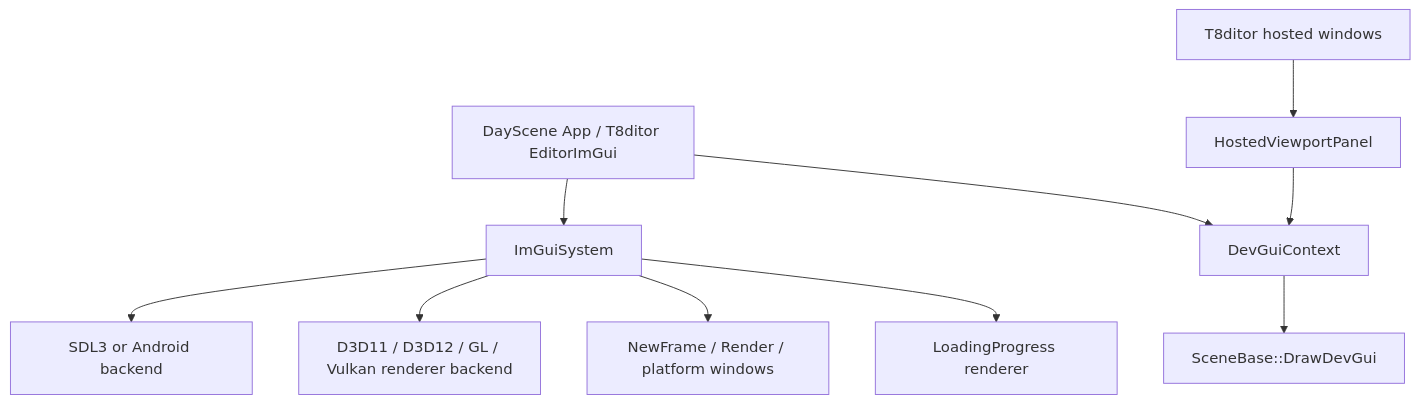
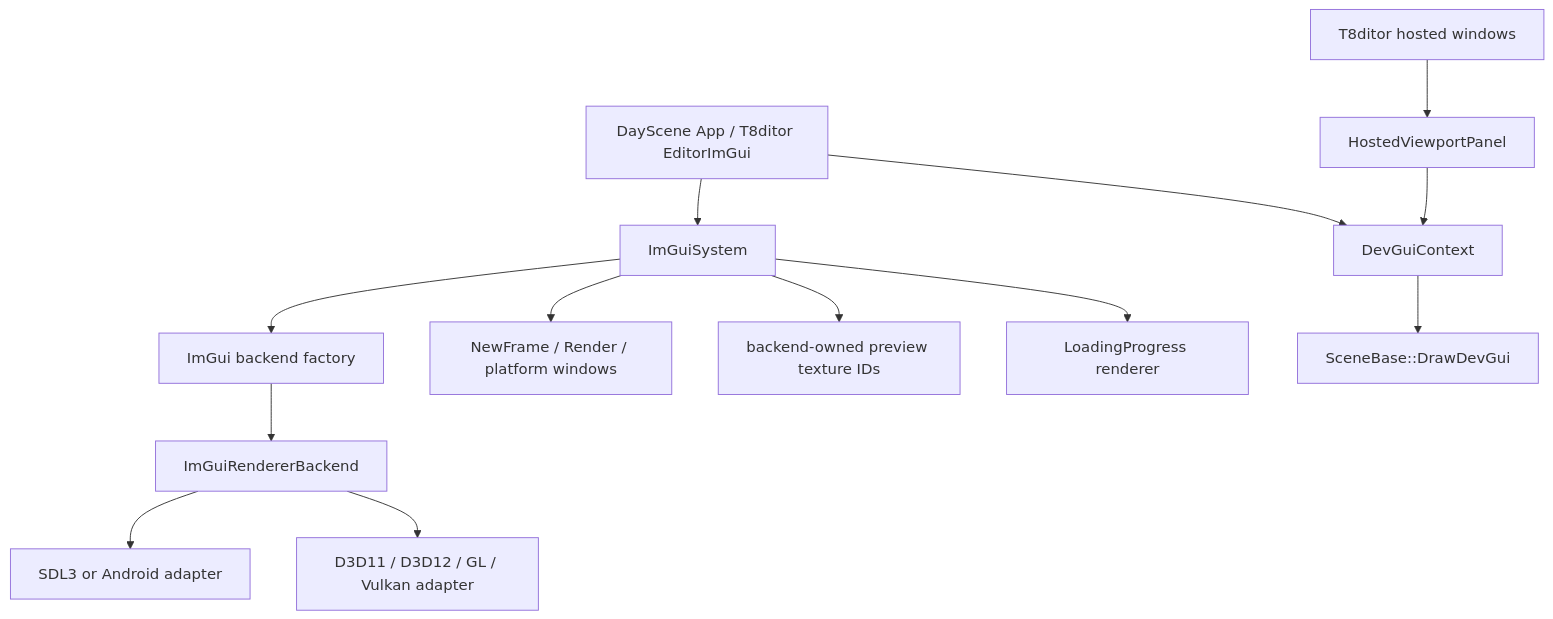
One commit to 0Camus0/T850 changed the fifth of 10 diagrams in documentation/dependency-map.md. Above: the diagram before and after it, drawn with Mermaid. The commit also changed other lines of this file and 15 other files, not shown here.

````diff
--- a/documentation/dependency-map.md
+++ b/documentation/dependency-map.md
@@ -237,12 +246,15 @@
 ```mermaid
 flowchart TD
   App["DayScene App / T8ditor EditorImGui"] --> ImGuiSystem["ImGuiSystem"]
-  ImGuiSystem --> Platform["SDL3 or Android backend"]
-  ImGuiSystem --> Renderer["D3D11 / D3D12 / GL / Vulkan renderer backend"]
+  ImGuiSystem --> Factory["ImGui backend factory"]
+  Factory --> Backend["ImGuiRendererBackend"]
+  Backend --> Platform["SDL3 or Android adapter"]
+  Backend --> Renderer["D3D11 / D3D12 / GL / Vulkan adapter"]
   ImGuiSystem --> Frame["NewFrame / Render / platform windows"]
+  ImGuiSystem --> TextureIDs["backend-owned preview texture IDs"]
   App --> DevGui["DevGuiContext"]
   DevGui --> SceneGui["SceneBase::DrawDevGui"]
   T8ditor["T8ditor hosted windows"] --> Hosted["HostedViewportPanel"]
   Hosted --> DevGui
   ImGuiSystem --> Loading["LoadingProgress renderer"]
 ```
````
